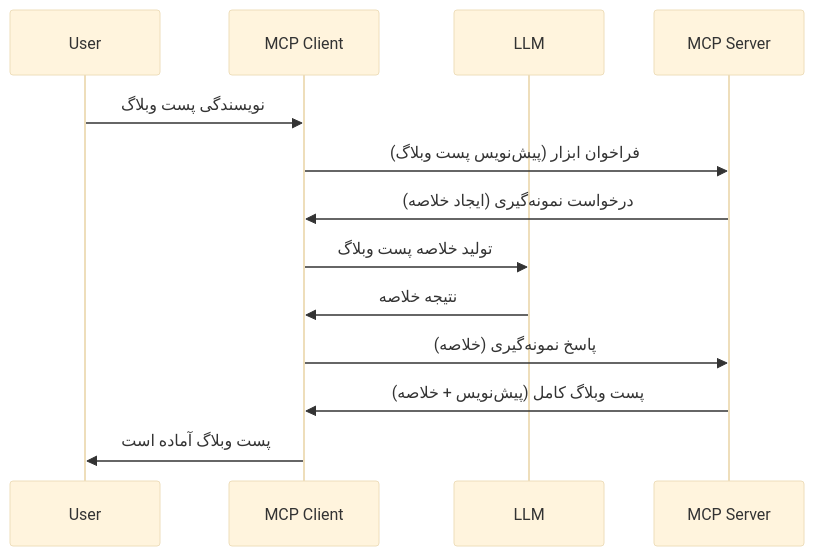
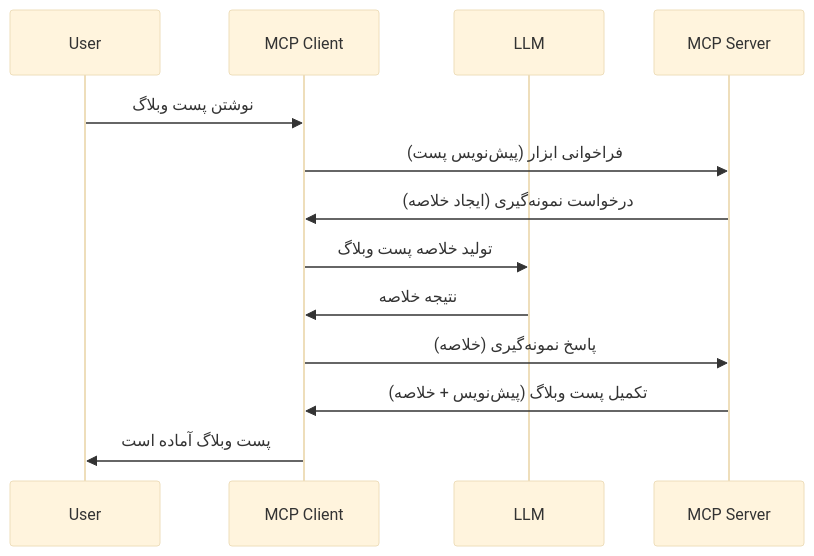
One commit to HIDORAKAI002/ai-workspace-archive changed the diagram in mcp_ecosystem__model_context_protocol/mcp_learning_resources/mcp-for-beginners/translations/fa/03-GettingStarted/14-sampling/README.md. Above: the diagram before and after it, drawn with Mermaid (base theme). The commit also changed other lines of this file and 1160 other files, not shown here.

````diff
--- a/mcp_ecosystem__model_context_protocol/mcp_learning_resources/mcp-for-beginners/translations/fa/03-GettingStarted/14-sampling/README.md
+++ b/mcp_ecosystem__model_context_protocol/mcp_learning_resources/mcp-for-beginners/translations/fa/03-GettingStarted/14-sampling/README.md
@@ -23,16 +23,16 @@
 ```mermaid
 sequenceDiagram
     participant User
     participant MCP Client
     participant LLM
     participant MCP Server
 
-    User->>MCP Client: نویسندگی پست وبلاگ
-    MCP Client->>MCP Server: فراخوان ابزار (پیش‌نویس پست وبلاگ)
+    User->>MCP Client: نوشتن پست وبلاگ
+    MCP Client->>MCP Server: فراخوانی ابزار (پیش‌نویس پست)
     MCP Server->>MCP Client: درخواست نمونه‌گیری (ایجاد خلاصه)
     MCP Client->>LLM: تولید خلاصه پست وبلاگ
     LLM->>MCP Client: نتیجه خلاصه
     MCP Client->>MCP Server: پاسخ نمونه‌گیری (خلاصه)
-    MCP Server->>MCP Client: پست وبلاگ کامل (پیش‌نویس + خلاصه)
+    MCP Server->>MCP Client: تکمیل پست وبلاگ (پیش‌نویس + خلاصه)
     MCP Client->>User: پست وبلاگ آماده است
 ```
````
